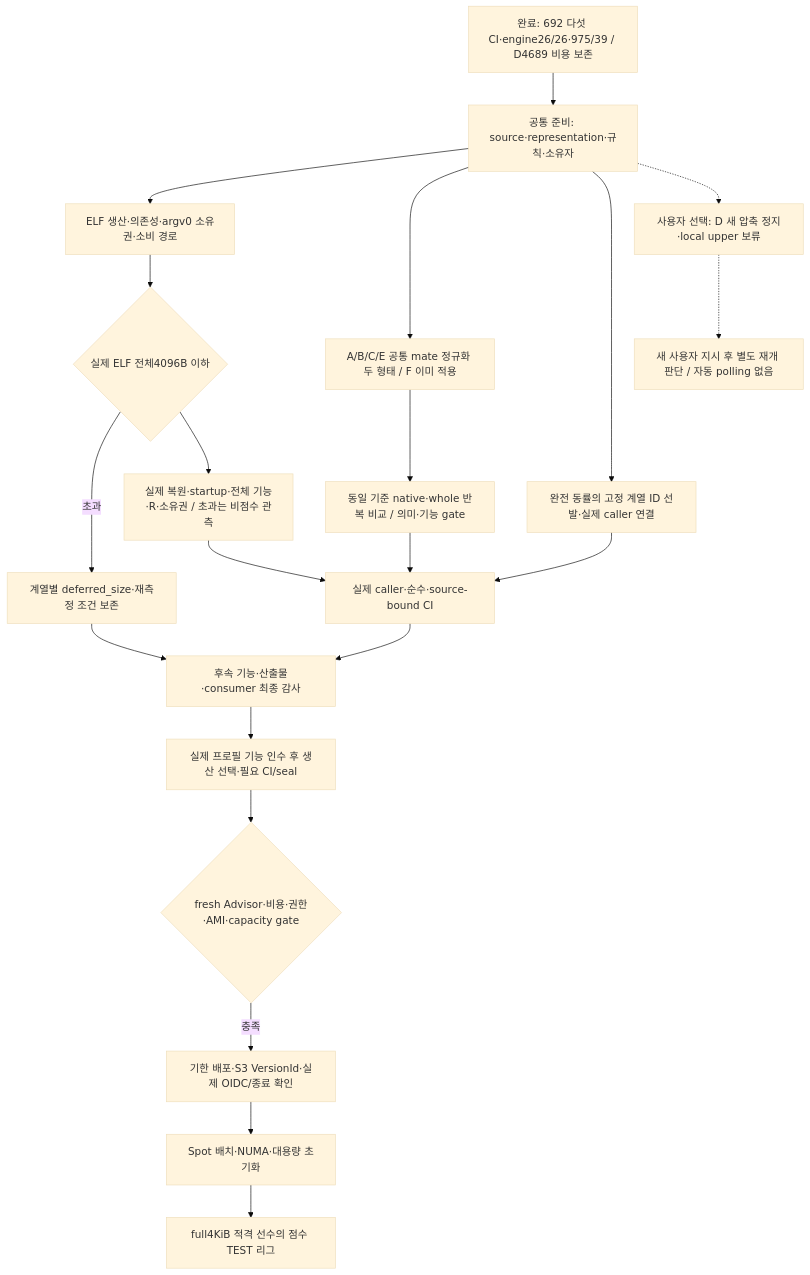
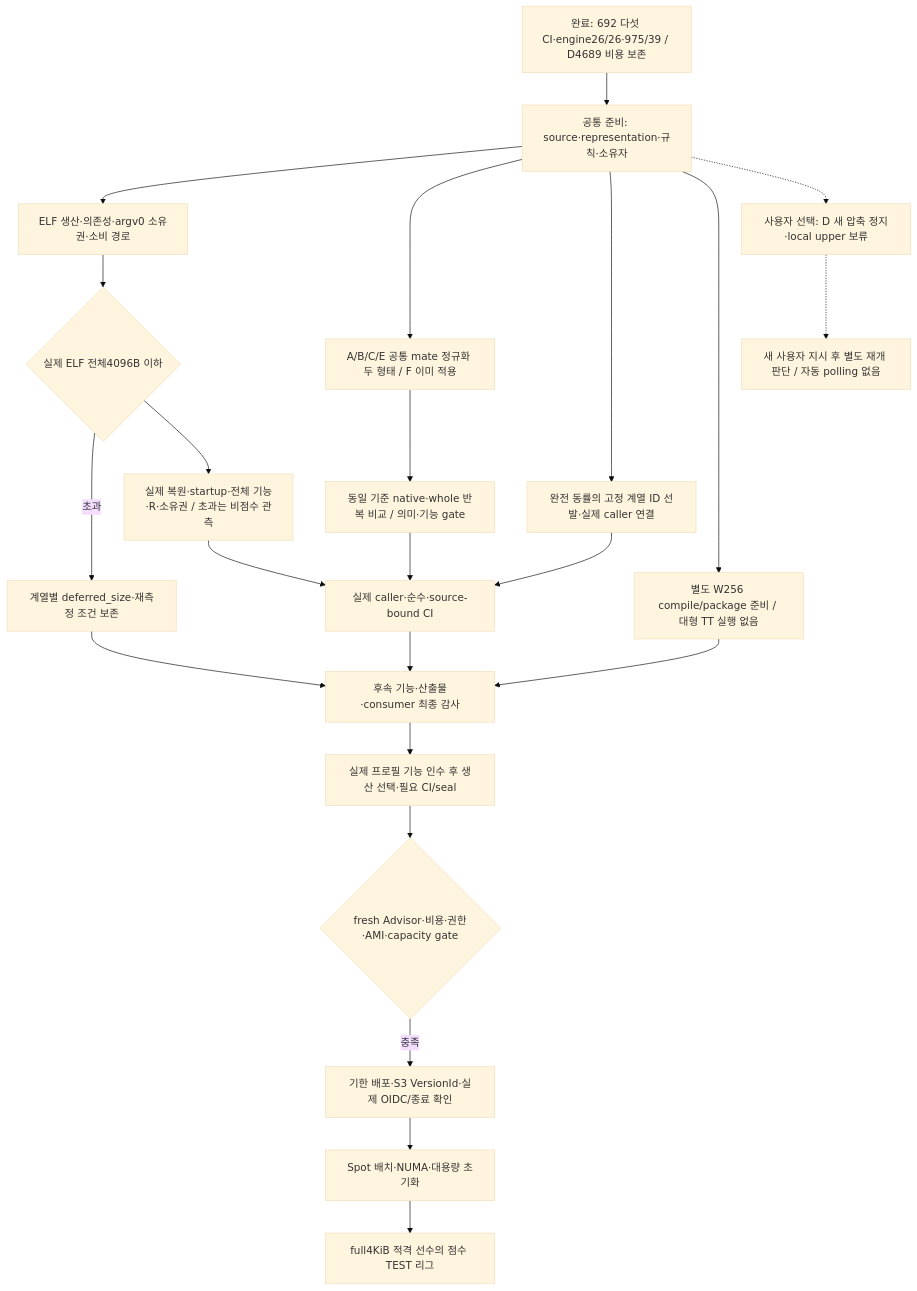
The fourth of 4 diagrams in docs/ENGINE-PLAN.ko.md (daejunnom/Rove4k), drawn with Mermaid (base theme) before and after one commit. The commit also changed other lines of this file and 4 other files, not shown here.

```diff
--- a/docs/ENGINE-PLAN.ko.md
+++ b/docs/ENGINE-PLAN.ko.md
@@ -710,23 +710,25 @@
 ~~~mermaid
 flowchart TD
   DONE[완료: 692 다섯 CI·engine26/26·975/39 / D4689 비용 보존] --> PREP[공통 준비: source·representation·규칙·소유자]
   PREP --> ELF[ELF 생산·의존성·argv0 소유권·소비 경로]
   PREP --> MATE[A/B/C/E 공통 mate 정규화 두 형태 / F 이미 적용]
   PREP --> LEAGUEFIX[완전 동률의 고정 계열 ID 선발·실제 caller 연결]
+  PREP --> W256[별도 W256 compile/package 준비 / 대형 TT 실행 없음]
   ELF --> SIZE{실제 ELF 전체4096B 이하}
   SIZE -->|초과| DEFER[계열별 deferred_size·재측정 조건 보존]
   SIZE --> ELFR[실제 복원·startup·전체 기능·R·소유권 / 초과는 비점수 관측]
   MATE --> COST[동일 기준 native·whole 반복 비교 / 의미·기능 gate]
   LEAGUEFIX --> CI[실제 caller·순수·source-bound CI]
   COST --> CI
   ELFR --> CI
   DEFER --> NEXTAUDIT[후속 기능·산출물·consumer 최종 감사]
+  W256 --> NEXTAUDIT
   CI --> NEXTAUDIT
   PREP -.-> DHOLD[사용자 선택: D 새 압축 정지·local upper 보류]
   DHOLD -.-> RESUME[새 사용자 지시 후 별도 재개 판단 / 자동 polling 없음]
   NEXTAUDIT --> SELECT[실제 프로필 기능 인수 후 생산 선택·필요 CI/seal]
   SELECT --> GATE{fresh Advisor·비용·권한·AMI·capacity gate}
   GATE -->|충족| LIVE[기한 배포·S3 VersionId·실제 OIDC/종료 확인]
   LIVE --> NUMA[Spot 배치·NUMA·대용량 초기화]
   NUMA --> LEAGUE[full4KiB 적격 선수의 점수 TEST 리그]
 ~~~
```
